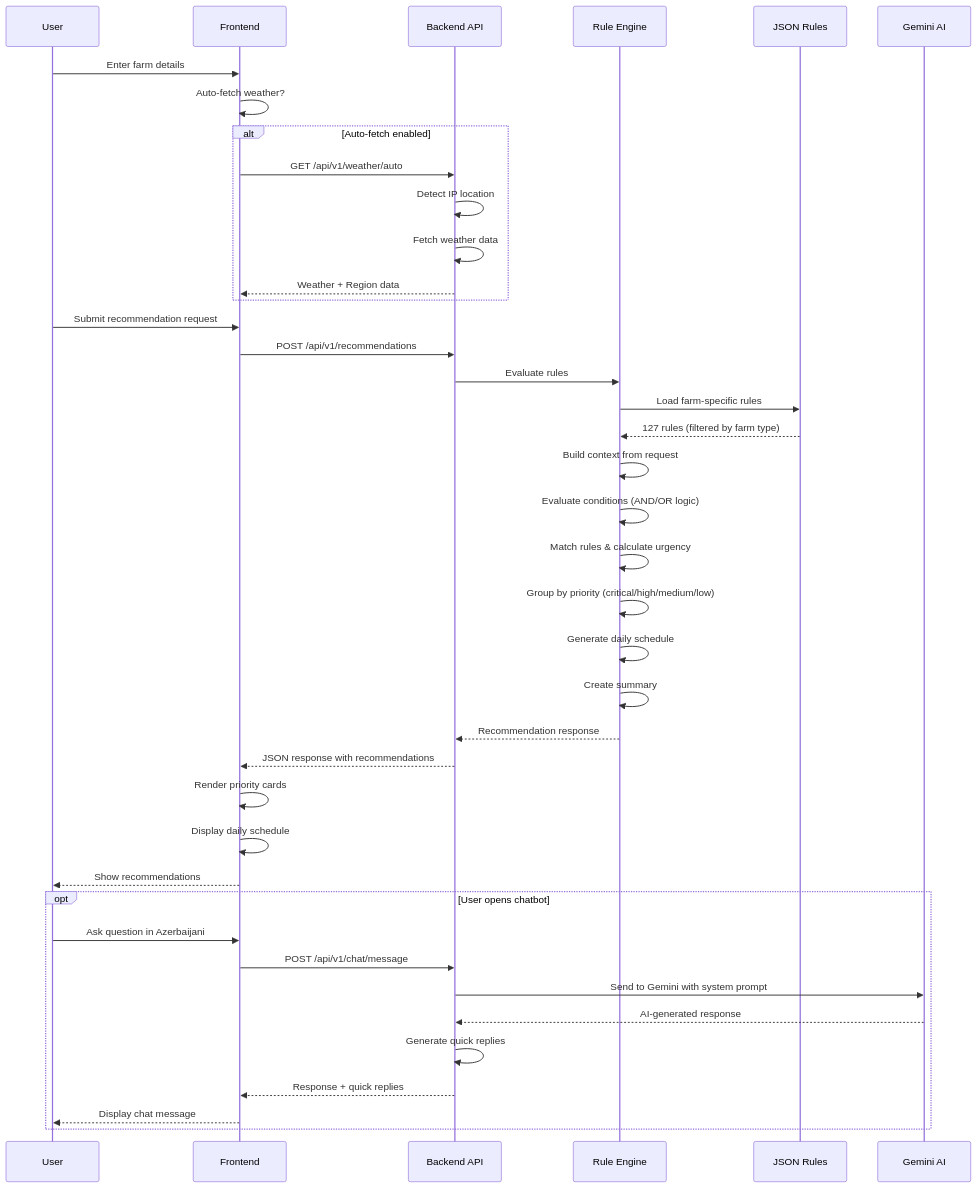
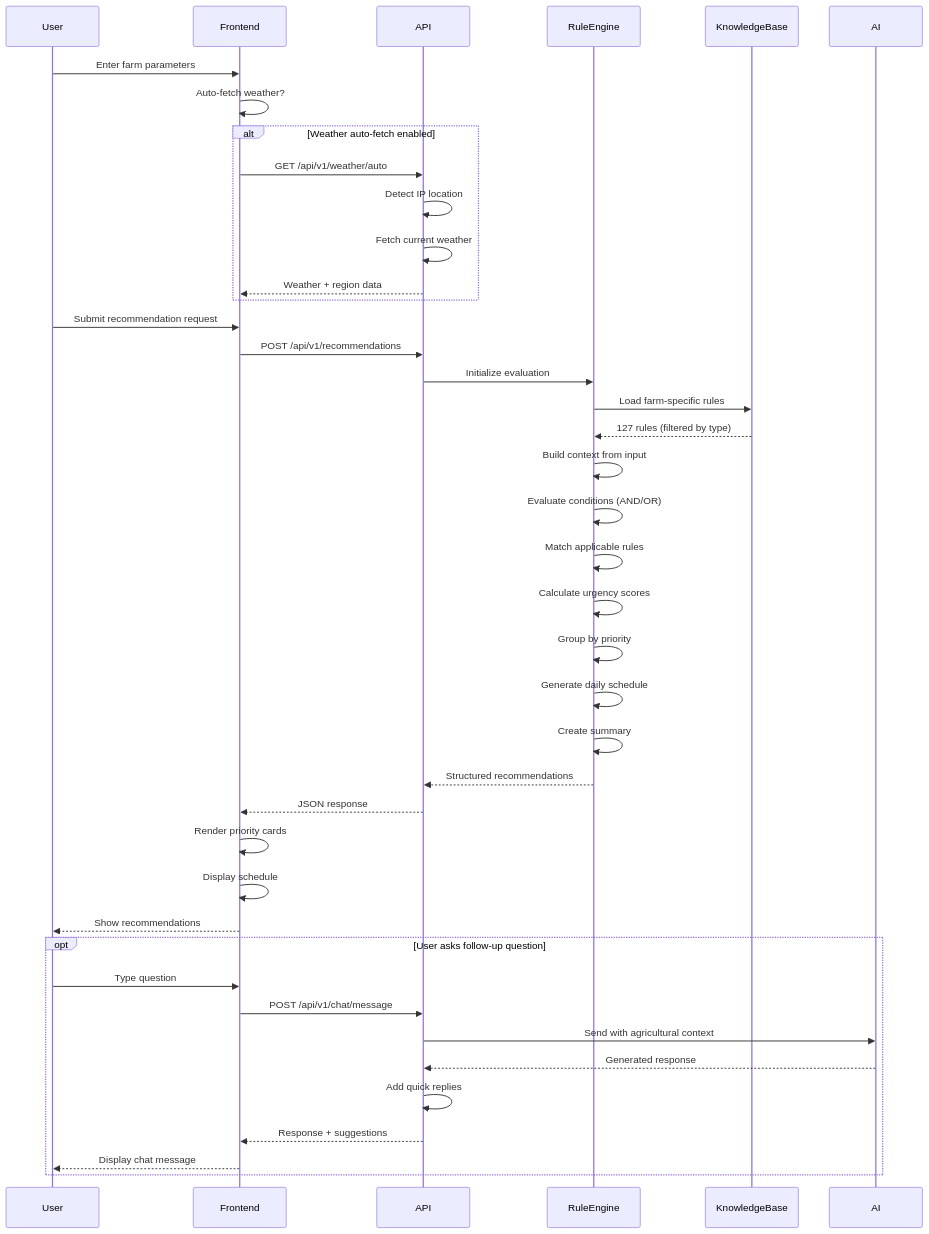
One commit to Ismat-Samadov/rule_based_system changed the second of 4 diagrams in README.md. Above: the diagram before and after it, drawn with Mermaid. The commit also changed other lines of this file and 29 other files, not shown here.

````diff
--- a/README.md
+++ b/README.md
@@ -133,48 +178,49 @@
 ```mermaid
 sequenceDiagram
-    participant U as User
-    participant F as Frontend
-    participant B as Backend API
-    participant RE as Rule Engine
-    participant DB as JSON Rules
-    participant AI as Gemini AI
+    participant User
+    participant Frontend
+    participant API
+    participant RuleEngine
+    participant KnowledgeBase
+    participant AI
 
-    U->>F: Enter farm details
-    F->>F: Auto-fetch weather?
-    alt Auto-fetch enabled
-        F->>B: GET /api/v1/weather/auto
-        B->>B: Detect IP location
-        B->>B: Fetch weather data
-        B-->>F: Weather + Region data
+    User->>Frontend: Enter farm parameters
+    Frontend->>Frontend: Auto-fetch weather?
+    alt Weather auto-fetch enabled
+        Frontend->>API: GET /api/v1/weather/auto
+        API->>API: Detect IP location
+        API->>API: Fetch current weather
+        API-->>Frontend: Weather + region data
     end
 
-    U->>F: Submit recommendation request
-    F->>B: POST /api/v1/recommendations
+    User->>Frontend: Submit recommendation request
+    Frontend->>API: POST /api/v1/recommendations
 
-    B->>RE: Evaluate rules
-    RE->>DB: Load farm-specific rules
-    DB-->>RE: 127 rules (filtered by farm type)
+    API->>RuleEngine: Initialize evaluation
+    RuleEngine->>KnowledgeBase: Load farm-specific rules
+    KnowledgeBase-->>RuleEngine: 127 rules (filtered by type)
 
-    RE->>RE: Build context from request
-    RE->>RE: Evaluate conditions (AND/OR logic)
-    RE->>RE: Match rules & calculate urgency
-    RE->>RE: Group by priority (critical/high/medium/low)
-    RE->>RE: Generate daily schedule
-    RE->>RE: Create summary
+    RuleEngine->>RuleEngine: Build context from input
+    RuleEngine->>RuleEngine: Evaluate conditions (AND/OR)
+    RuleEngine->>RuleEngine: Match applicable rules
+    RuleEngine->>RuleEngine: Calculate urgency scores
+    RuleEngine->>RuleEngine: Group by priority
+    RuleEngine->>RuleEngine: Generate daily schedule
+    RuleEngine->>RuleEngine: Create summary
 
-    RE-->>B: Recommendation response
-    B-->>F: JSON response with recommendations
-    F->>F: Render priority cards
-    F->>F: Display daily schedule
-    F-->>U: Show recommendations
+    RuleEngine-->>API: Structured recommendations
+    API-->>Frontend: JSON response
+    Frontend->>Frontend: Render priority cards
+    Frontend->>Frontend: Display schedule
+    Frontend-->>User: Show recommendations
 
-    opt User opens chatbot
-        U->>F: Ask question in Azerbaijani
-        F->>B: POST /api/v1/chat/message
-        B->>AI: Send to Gemini with system prompt
-        AI-->>B: AI-generated response
-        B->>B: Generate quick replies
-        B-->>F: Response + quick replies
-        F-->>U: Display chat message
+    opt User asks follow-up question
+        User->>Frontend: Type question
+        Frontend->>API: POST /api/v1/chat/message
+        API->>AI: Send with agricultural context
+        AI-->>API: Generated response
+        API->>API: Add quick replies
+        API-->>Frontend: Response + suggestions
+        Frontend-->>User: Display chat message
     end
 ```
````
